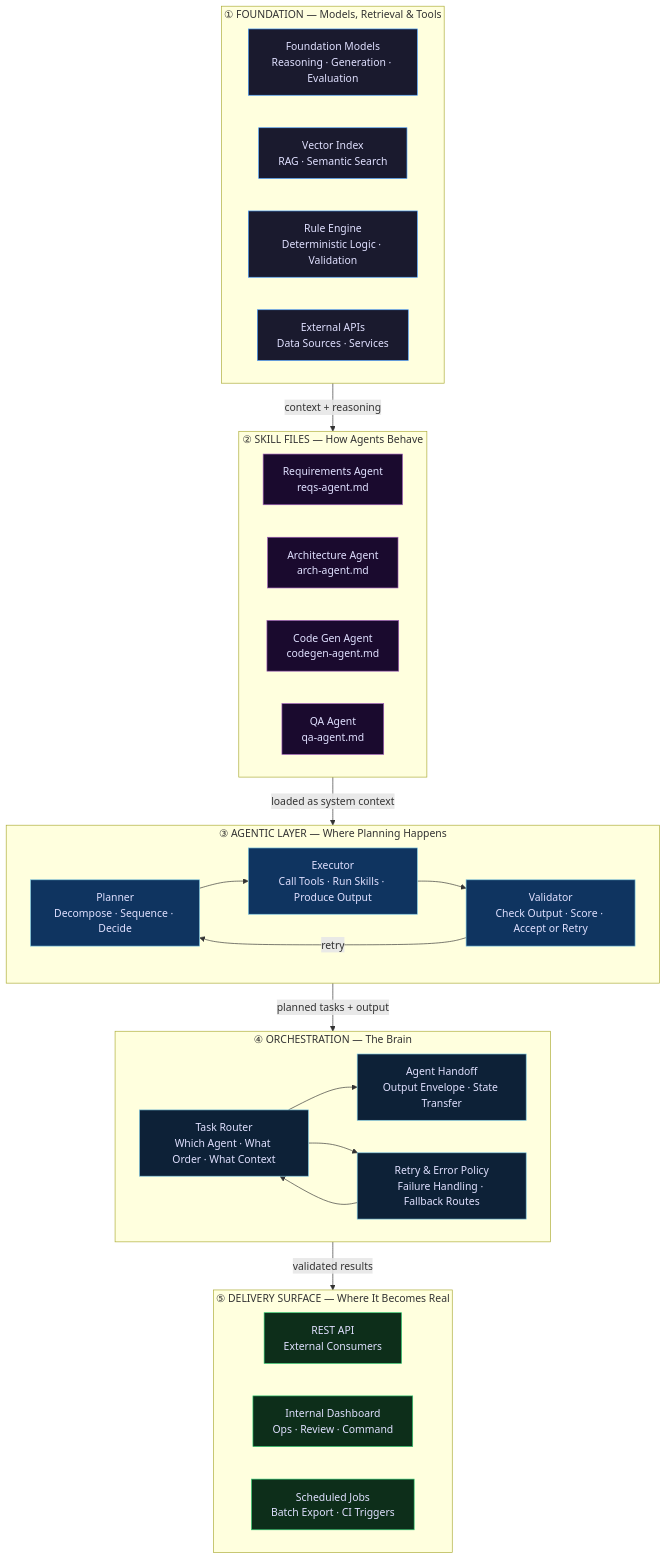
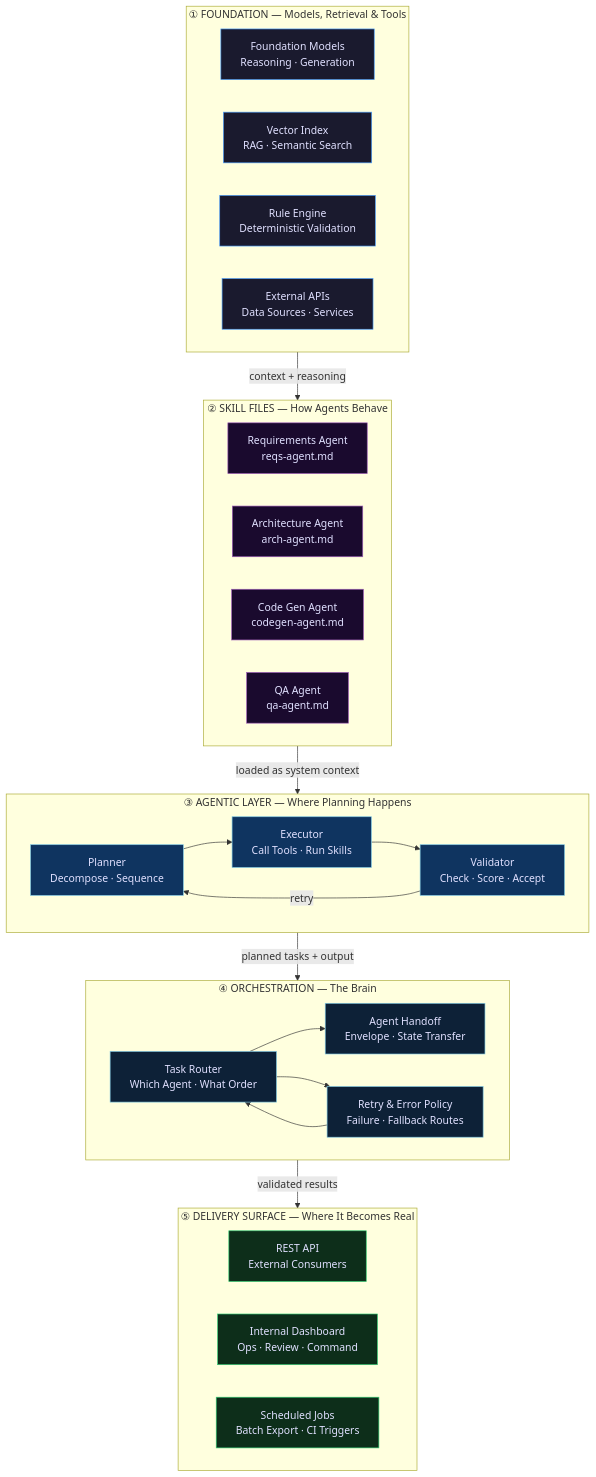
One commit to bryancalabro/bryancalabro changed the fourth of 11 diagrams in README.md. Above: the diagram before and after it, drawn with Mermaid. The commit also changed other lines of this file and 1 other file, not shown here.

````diff
--- a/README.md
+++ b/README.md
@@ -177,56 +177,56 @@
 ```mermaid
 flowchart TD
     subgraph L1["⑤ DELIVERY SURFACE — Where It Becomes Real"]
         API["REST API<br/>External Consumers"]
         DASH["Internal Dashboard<br/>Ops · Review · Command"]
         BATCH["Scheduled Jobs<br/>Batch Export · CI Triggers"]
     end
 
     subgraph L2["④ ORCHESTRATION — The Brain"]
-        ROUTER["Task Router<br/>Which Agent · What Order · What Context"]
-        RETRY["Retry & Error Policy<br/>Failure Handling · Fallback Routes"]
-        HANDOFF["Agent Handoff<br/>Output Envelope · State Transfer"]
+        ROUTER["Task Router<br/>Which Agent · What Order"]
+        RETRY["Retry & Error Policy<br/>Failure · Fallback Routes"]
+        HANDOFF["Agent Handoff<br/>Envelope · State Transfer"]
         ROUTER --> HANDOFF
         ROUTER --> RETRY
         RETRY --> ROUTER
     end
 
     subgraph L3["③ AGENTIC LAYER — Where Planning Happens"]
-        PLANNER["Planner<br/>Decompose · Sequence · Decide"]
-        EXECUTOR["Executor<br/>Call Tools · Run Skills · Produce Output"]
-        VALIDATOR["Validator<br/>Check Output · Score · Accept or Retry"]
+        PLANNER["Planner<br/>Decompose · Sequence"]
+        EXECUTOR["Executor<br/>Call Tools · Run Skills"]
+        VALIDATOR["Validator<br/>Check · Score · Accept"]
         PLANNER --> EXECUTOR --> VALIDATOR
         VALIDATOR -->|retry| PLANNER
     end
 
     subgraph L4["② SKILL FILES — How Agents Behave"]
         REQ["Requirements Agent<br/>reqs-agent.md"]
         ARCH["Architecture Agent<br/>arch-agent.md"]
         CODE["Code Gen Agent<br/>codegen-agent.md"]
         QA["QA Agent<br/>qa-agent.md"]
     end
 
     subgraph L5["① FOUNDATION — Models, Retrieval & Tools"]
-        LLM["Foundation Models<br/>Reasoning · Generation · Evaluation"]
+        LLM["Foundation Models<br/>Reasoning · Generation"]
         VEC["Vector Index<br/>RAG · Semantic Search"]
-        RULES["Rule Engine<br/>Deterministic Logic · Validation"]
+        RULES["Rule Engine<br/>Deterministic Validation"]
         APIS["External APIs<br/>Data Sources · Services"]
     end
 
     L5 -->|context + reasoning| L4
     L4 -->|loaded as system context| L3
     L3 -->|planned tasks + output| L2
     L2 -->|validated results| L1
 
     classDef l1Style fill:#0d2e1a,stroke:#2ecc71,color:#e0e0ff
     classDef l2Style fill:#0d2137,stroke:#7ec8e3,color:#e0e0ff
     classDef l3Style fill:#0f3460,stroke:#7ec8e3,color:#e0e0ff
     classDef l4Style fill:#1a0a2e,stroke:#9b59b6,color:#e0e0ff
     classDef l5Style fill:#1a1a2e,stroke:#4a9eff,color:#e0e0ff
 
     class API,DASH,BATCH l1Style
     class ROUTER,RETRY,HANDOFF l2Style
     class PLANNER,EXECUTOR,VALIDATOR l3Style
     class REQ,ARCH,CODE,QA l4Style
     class LLM,VEC,RULES,APIS l5Style
 ```
````
